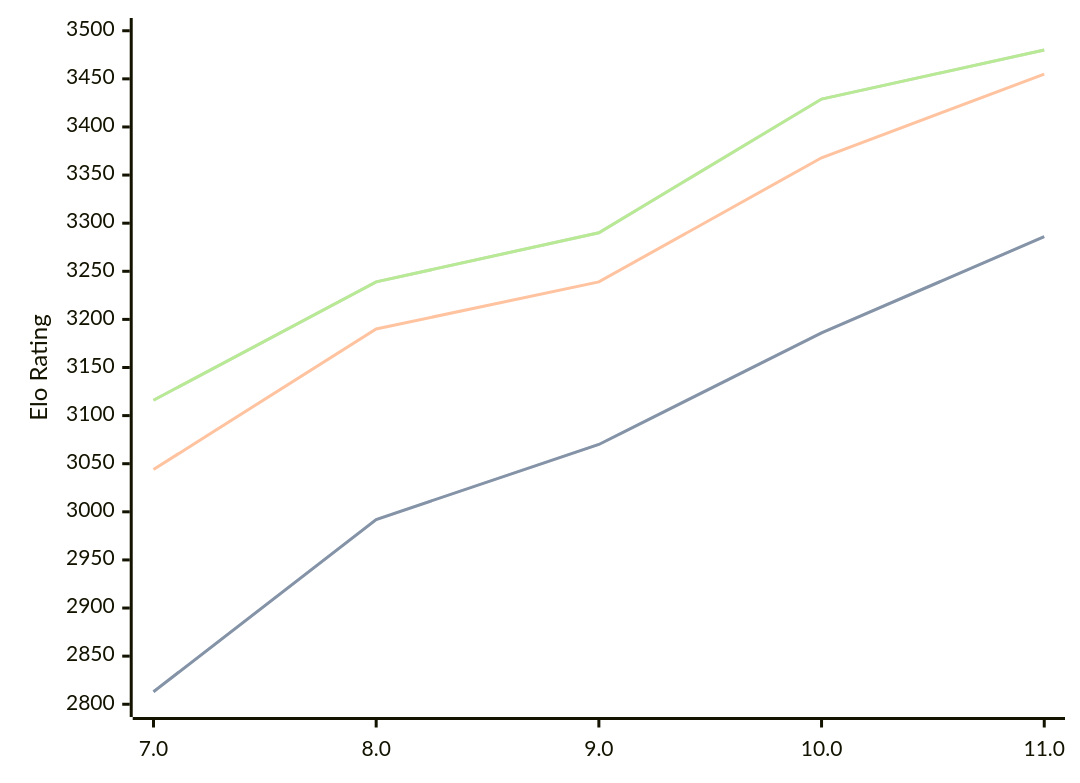
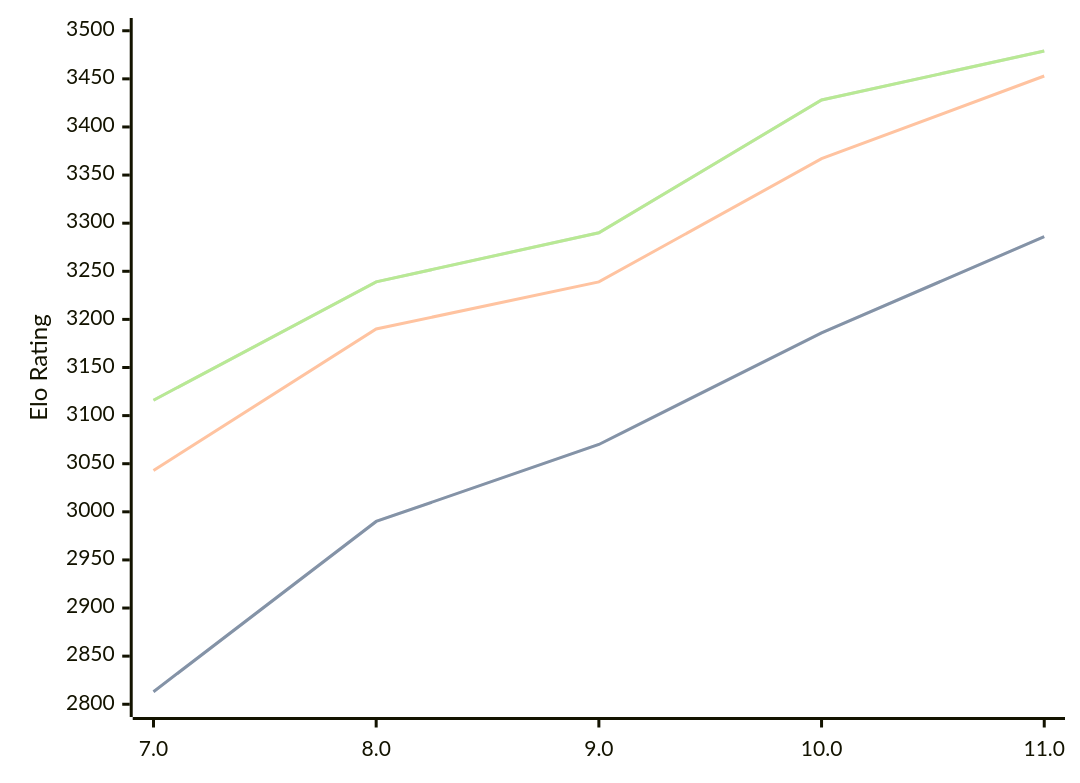
The diagram in engines/Tcheran.md (computer-chess-index/cci), drawn with Mermaid before and after one commit. The commit also changed other lines of this file, not shown here.

Commit message:
Update CCI Ratings (ELO VLTC) - 2026-02-28

````diff
--- a/engines/Tcheran.md
+++ b/engines/Tcheran.md
@@ -47,11 +47,11 @@
 ```mermaid
 %%{init: {"theme":"base","themeVariables":{"seriesColors:['#a3a3a3','#222221','#faa371']}}}%%
 xychart-beta
   x-axis ["7.0", "8.0", "9.0", "10.0", "11.0"]
   y-axis "Elo Rating" 2800 --> 3500
-  line "STC (8.0+0.08s)" [2813, 2992, 3070, 3186, 3286]
-  line "STC (8.0+0.08s)" [2813, 2992, 3070, 3186, 3286]
-  line "LTC (60.0+0.60s)" [3044, 3190, 3239, 3368, 3455]
-  line "VLTC (2m24s+1.12s)" [3116, 3239, 3290, 3429, 3480]
-  line "VLTC (2m24s+1.12s)" [3116, 3239, 3290, 3429, 3480]
+  line "STC (8.0+0.08s)" [2813, 2990, 3070, 3186, 3286]
+  line "STC (8.0+0.08s)" [2813, 2990, 3070, 3186, 3286]
+  line "LTC (60.0+0.60s)" [3043, 3190, 3239, 3367, 3453]
+  line "VLTC (2m24s+1.12s)" [3116, 3239, 3290, 3428, 3479]
+  line "VLTC (2m24s+1.12s)" [3116, 3239, 3290, 3428, 3479]
 ```
````
